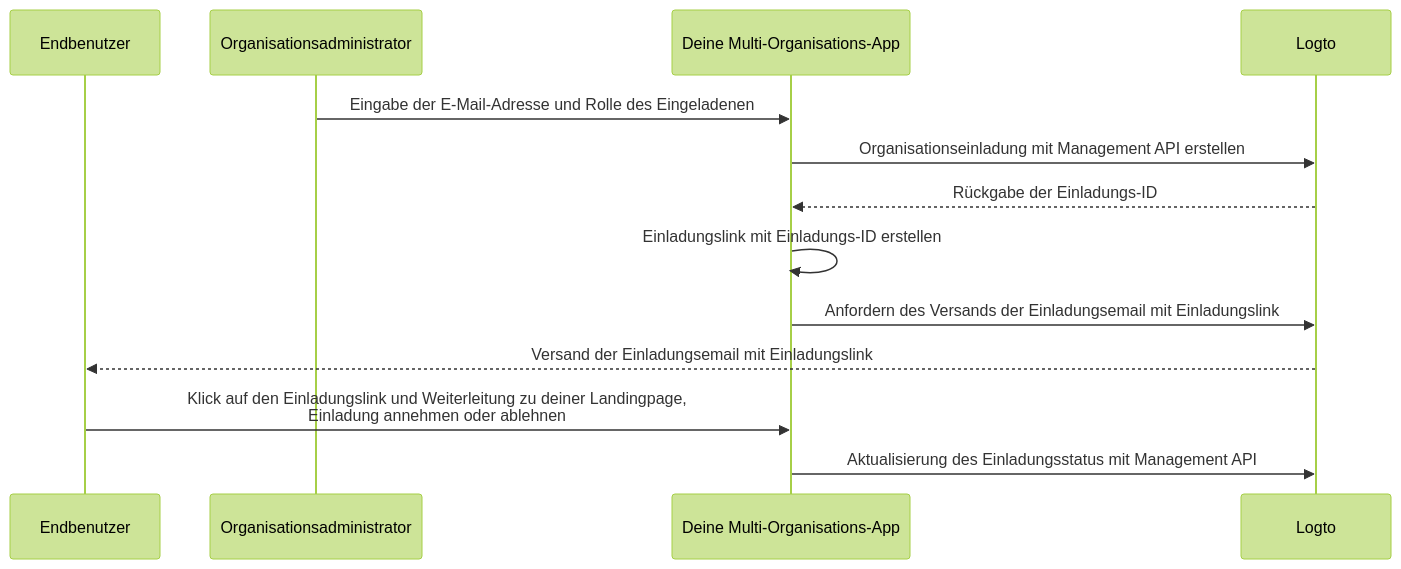
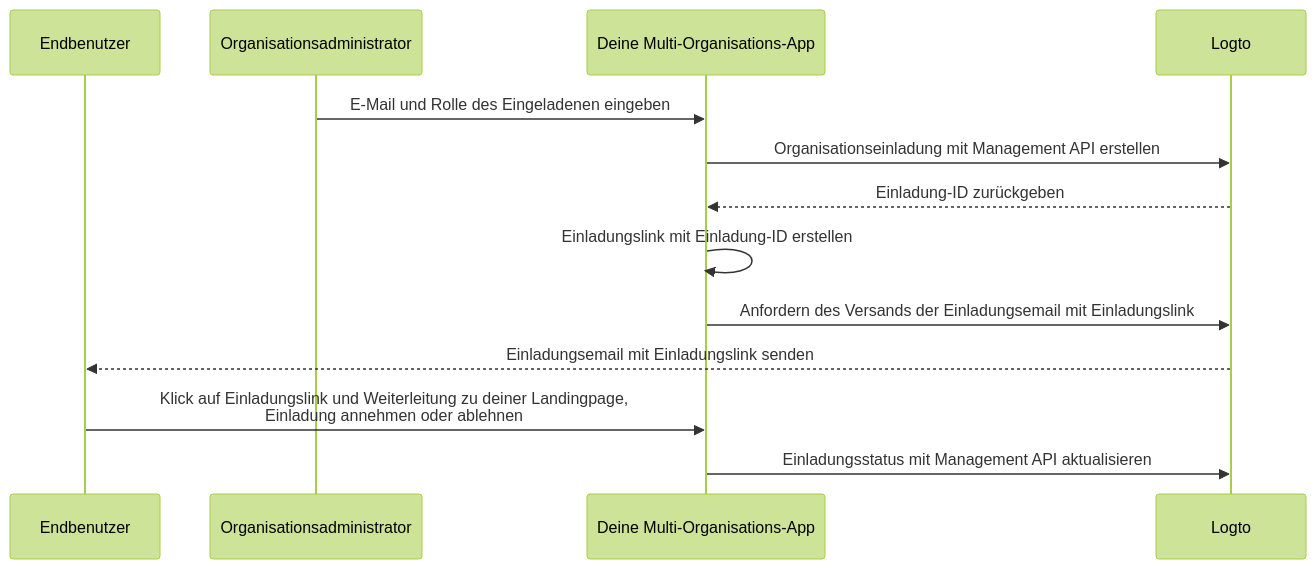
One commit to logto-io/docs changed the diagram in i18n/de/docusaurus-plugin-content-docs/current/end-user-flows/organization-experience/invite-organization-members.mdx. Above: the diagram before and after it, drawn with Mermaid (forest theme). The commit also changed other lines of this file and 54 other files, not shown here.

````diff
--- a/i18n/de/docusaurus-plugin-content-docs/current/end-user-flows/organization-experience/invite-organization-members.mdx
+++ b/i18n/de/docusaurus-plugin-content-docs/current/end-user-flows/organization-experience/invite-organization-members.mdx
@@ -13,16 +13,16 @@
 ```mermaid
 sequenceDiagram
 	Participant U as Endbenutzer
   Participant A as Organisationsadministrator
   Participant C as Deine Multi-Organisations-App
 	Participant L as Logto
 
-  A ->> C: Eingabe der E-Mail-Adresse und Rolle des Eingeladenen
+  A ->> C: E-Mail und Rolle des Eingeladenen eingeben
   C ->> L: Organisationseinladung mit Management API erstellen
-  L -->> C: Rückgabe der Einladungs-ID
-  C ->> C: Einladungslink mit Einladungs-ID erstellen
+  L -->> C: Einladung-ID zurückgeben
+  C ->> C: Einladungslink mit Einladung-ID erstellen
   C ->> L: Anfordern des Versands der Einladungsemail mit Einladungslink
-  L -->> U: Versand der Einladungsemail mit Einladungslink
-  U ->> C: Klick auf den Einladungslink und Weiterleitung zu deiner Landingpage,<br /> Einladung annehmen oder ablehnen
-  C ->> L: Aktualisierung des Einladungsstatus mit Management API
+  L -->> U: Einladungsemail mit Einladungslink senden
+  U ->> C: Klick auf Einladungslink und Weiterleitung zu deiner Landingpage,<br /> Einladung annehmen oder ablehnen
+  C ->> L: Einladungsstatus mit Management API aktualisieren
 ```
````
